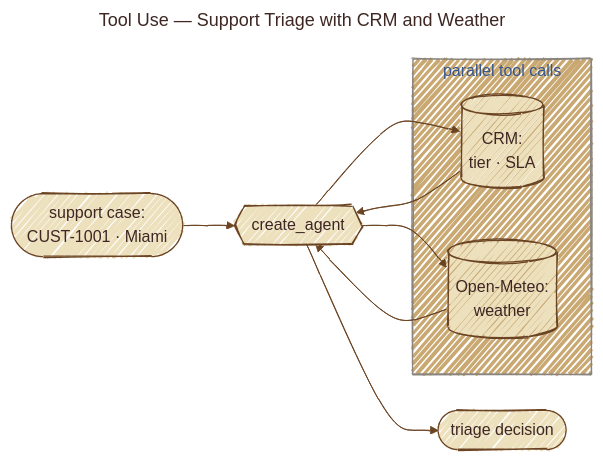
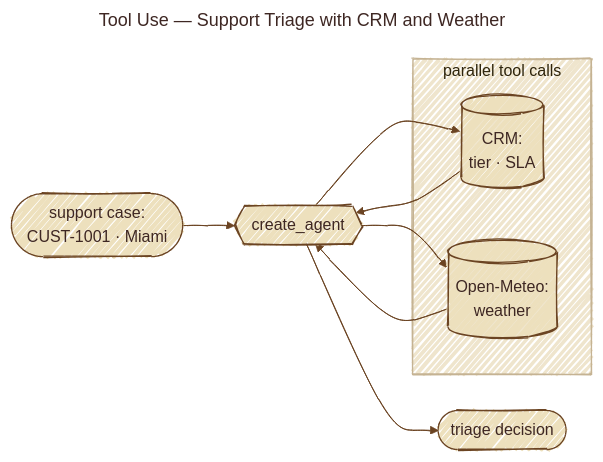
Before and after one commit to gtesei/agentic_design_patterns: the fifth of 29 diagrams in README.md, drawn with Mermaid. The commit also changed other lines of this file, not shown here.

Commit message:
docs(1_prompt_chain): add Mermaid diagram of the spec→JSON chain

````diff
--- a/README.md
+++ b/README.md
@@ -395,21 +395,21 @@
 ```mermaid
 ---
 title: Tool Use — Support Triage with CRM and Weather
 ---
-%%{init: {'look':'handDrawn','theme':'base','themeVariables':{'background':'#f5ecd9','primaryColor':'#ede0bd','primaryBorderColor':'#6b4423','primaryTextColor':'#3e2723','lineColor':'#6b4423','secondaryColor':'#d4b483','tertiaryColor':'#c9a872','fontFamily':'Caveat, Patrick Hand, cursive'}}}%%
+%%{init: {'look':'handDrawn','theme':'base','themeVariables':{'background':'#f5ecd9','primaryColor':'#ede0bd','primaryBorderColor':'#6b4423','primaryTextColor':'#3e2723','lineColor':'#6b4423','clusterBkg':'#efe5cd','clusterBorder':'#c5b393','fontFamily':'Caveat, Patrick Hand, cursive'}}}%%
 flowchart LR
     Case([support case:<br/>CUST-1001 · Miami])
     Resp([triage decision])
 
     Agent{{create_agent}}
 
     subgraph tools ["parallel tool calls"]
         CRM[(CRM:<br/>tier · SLA)]
         Wx[(Open-Meteo:<br/>weather)]
     end
 
     Case --> Agent
     Agent --> CRM & Wx
     CRM & Wx --> Agent
     Agent --> Resp
 ```
````
